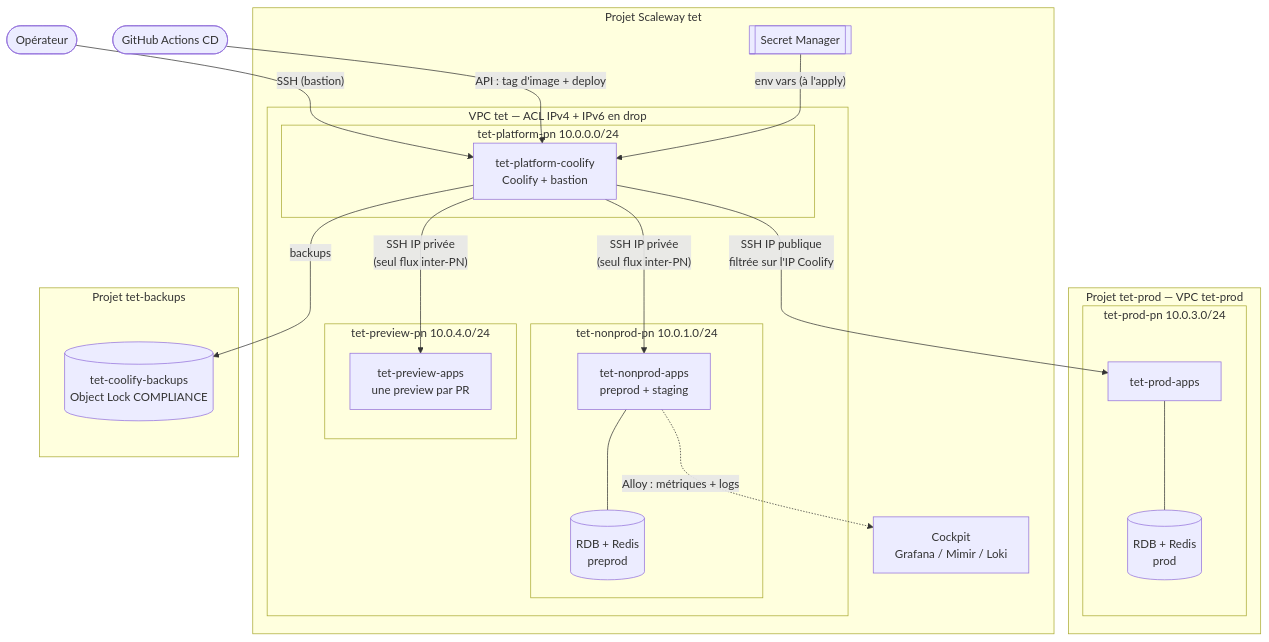
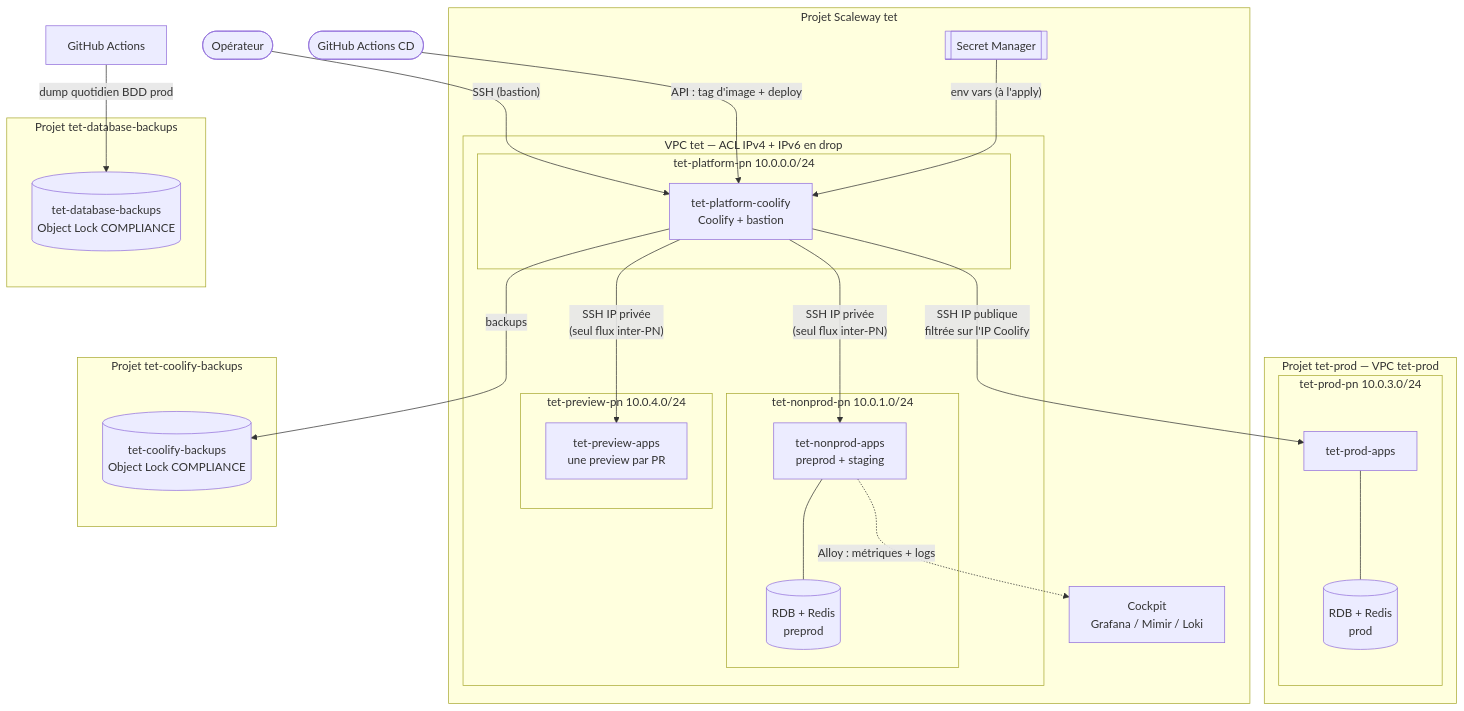
Before and after one commit to incubateur-ademe/territoires-en-transitions: the first of 2 diagrams in infra/README.md, drawn with Mermaid. The commit also changed other lines of this file and 6 other files, not shown here.

First line of the commit message:
chore(infra): bucket Scaleway tet-database-backups pour les dumps quotidiens de la BDD de prod

````diff
--- a/infra/README.md
+++ b/infra/README.md
@@ -16,41 +16,46 @@
 ```mermaid
 flowchart TB
   ops([Opérateur]) -- "SSH (bastion)" --> coolify
   cd([GitHub Actions CD]) -- "API : tag d'image + deploy" --> coolify
 
   subgraph main["Projet Scaleway tet"]
     subgraph vpc["VPC tet — ACL IPv4 + IPv6 en drop"]
       subgraph ppn["tet-platform-pn 10.0.0.0/24"]
         coolify["tet-platform-coolify<br/>Coolify + bastion"]
       end
       subgraph npn["tet-nonprod-pn 10.0.1.0/24"]
         nonprod["tet-nonprod-apps<br/>preprod + staging"]
         nrdb[(RDB + Redis<br/>preprod)]
       end
       subgraph vpn["tet-preview-pn 10.0.4.0/24"]
         preview["tet-preview-apps<br/>une preview par PR"]
       end
     end
     sm[[Secret Manager]]
     cockpit[Cockpit<br/>Grafana / Mimir / Loki]
   end
 
   subgraph prodp["Projet tet-prod — VPC tet-prod"]
     subgraph prodpn["tet-prod-pn 10.0.3.0/24"]
       prod["tet-prod-apps"]
       prdb[(RDB + Redis<br/>prod)]
     end
   end
 
-  subgraph bk["Projet tet-backups"]
+  subgraph bk["Projet tet-coolify-backups"]
     bucket[(tet-coolify-backups<br/>Object Lock COMPLIANCE)]
+  end
+
+  subgraph dbk["Projet tet-database-backups"]
+    dbbucket[(tet-database-backups<br/>Object Lock COMPLIANCE)]
   end
 
   coolify -- "SSH IP privée<br/>(seul flux inter-PN)" --> nonprod & preview
   coolify -- "SSH IP publique<br/>filtrée sur l'IP Coolify" --> prod
   sm -- "env vars (à l'apply)" --> coolify
   coolify -- "backups" --> bucket
+  gha["GitHub Actions"] -- "dump quotidien BDD prod" --> dbbucket
   nonprod --- nrdb
   prod --- prdb
   nonprod -. "Alloy : métriques + logs" .-> cockpit
 ```
````
